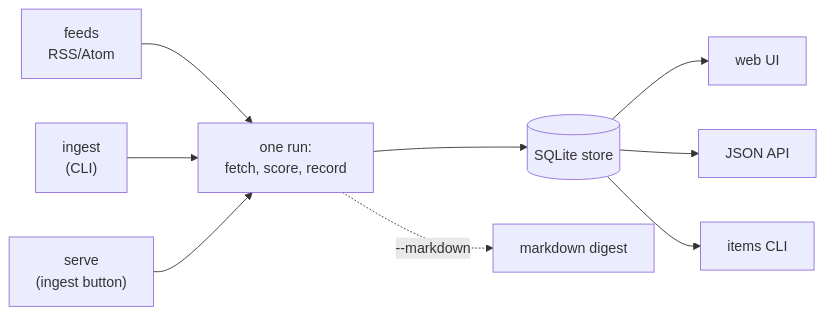
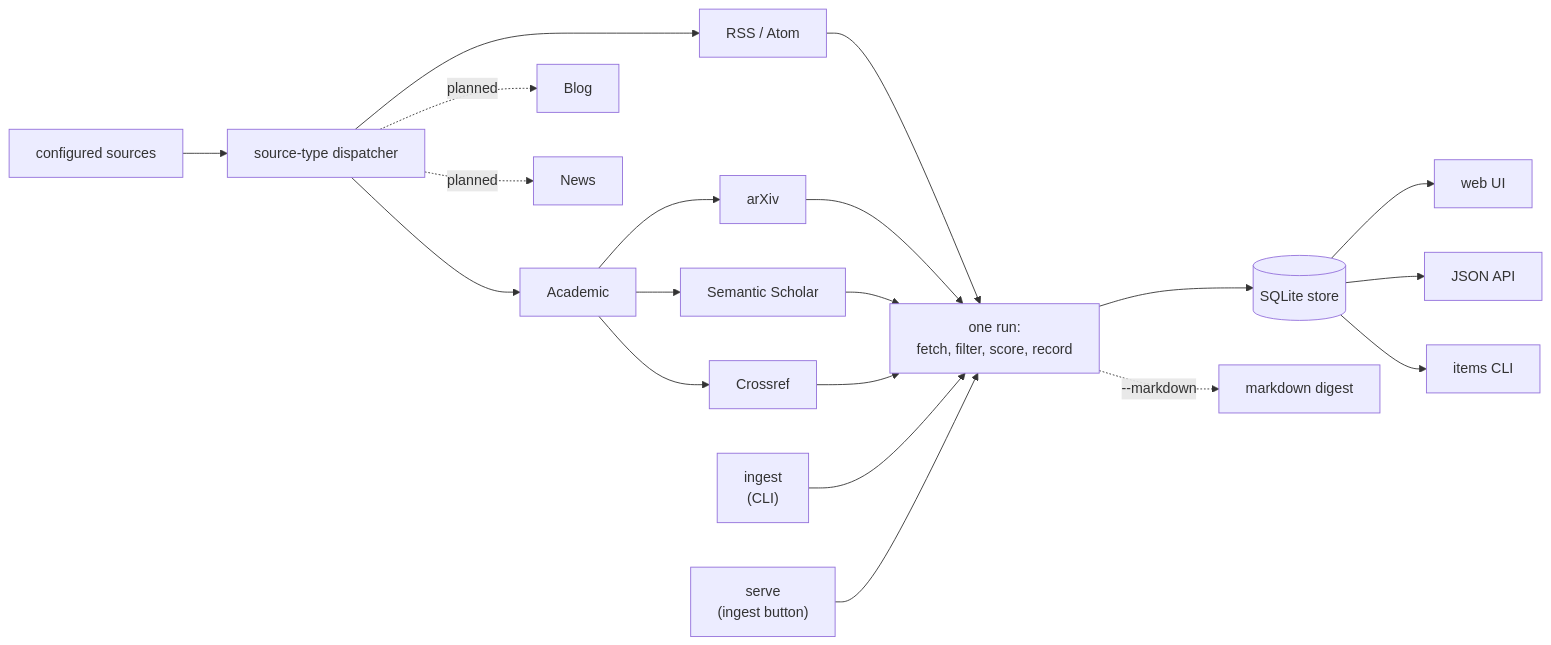
Before and after one commit to DanielBlei/rabbithole: the first of 2 diagrams in docs/architecture.md, drawn with Mermaid. The commit also changed other lines of this file and 3 other files, not shown here.

````diff
--- a/docs/architecture.md
+++ b/docs/architecture.md
@@ -5,11 +5,26 @@
 ```mermaid
 flowchart LR
-    F[feeds<br/>RSS/Atom] --> RUN
+    CFG[configured sources] --> DISP[source-type dispatcher]
+
+    DISP --> RSS[RSS / Atom]
+    DISP --> ACAD[Academic]
+    DISP -. planned .-> BLOG[Blog]
+    DISP -. planned .-> NEWS[News]
+
+    ACAD --> ARXIV[arXiv]
+    ACAD --> S2[Semantic Scholar]
+    ACAD --> CROSSREF[Crossref]
+
+    RSS --> RUN
+    ARXIV --> RUN
+    S2 --> RUN
+    CROSSREF --> RUN
+
     CLI["ingest<br/>(CLI)"] --> RUN
     WEB["serve<br/>(ingest button)"] --> RUN
-    RUN[one run:<br/>fetch, score, record] --> DB[(SQLite store)]
+    RUN[one run:<br/>fetch, filter, score, record] --> DB[(SQLite store)]
     RUN -. "--markdown" .-> MD[markdown digest]
     DB --> UI[web UI]
     DB --> API[JSON API]
     DB --> ITEMS[items CLI]
 ```
````
